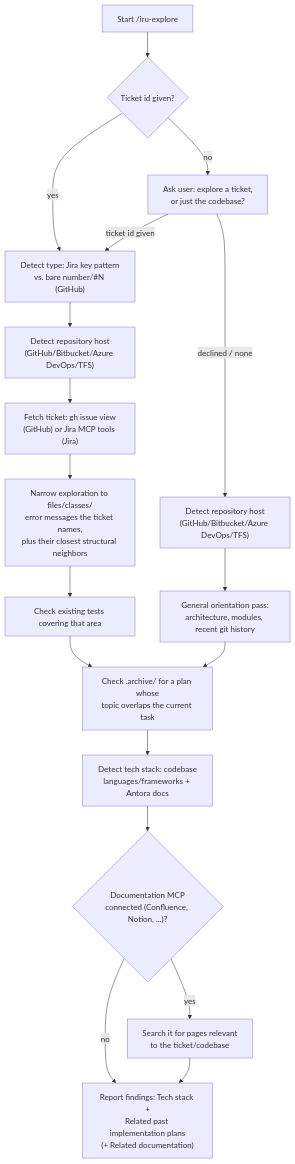
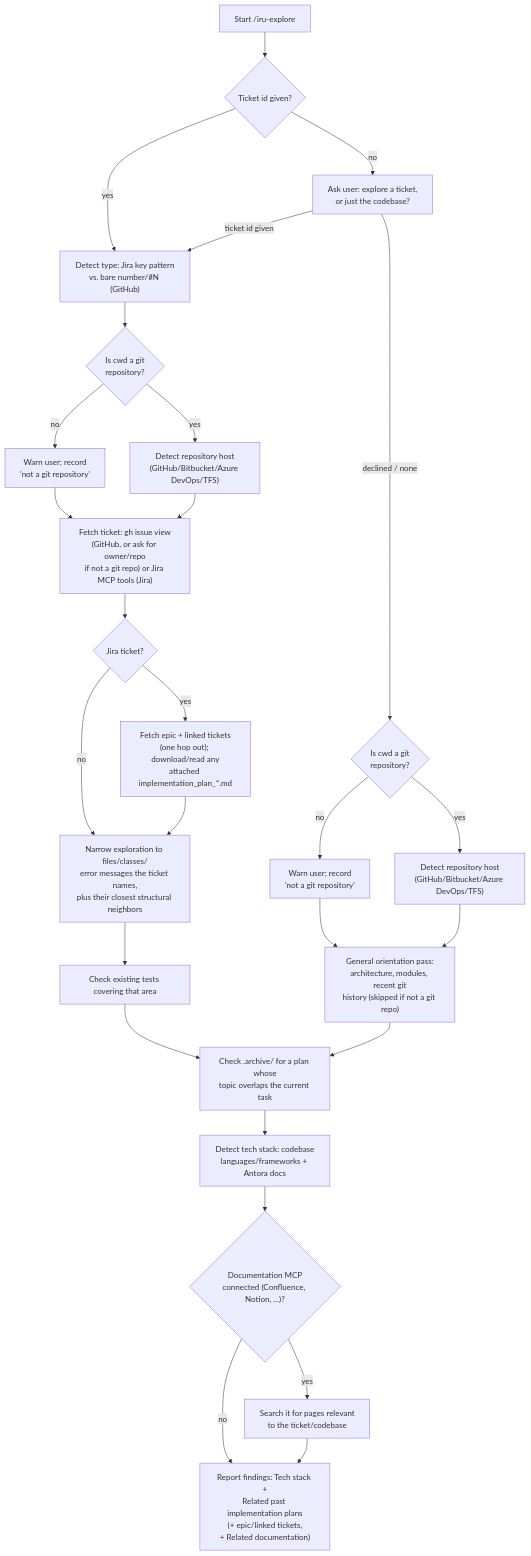
One commit to albertoirurueta/ai-catalog changed the diagram in docs/modules/ROOT/pages/skills/iru-explore.adoc. Above: the diagram before and after it, drawn with Mermaid. The commit also changed other lines of this file and 20 other files, not shown here.

Commit message:
Improved skills to create jira tickets and to keep track of implementation plans context

```diff
--- a/docs/modules/ROOT/pages/skills/iru-explore.adoc
+++ b/docs/modules/ROOT/pages/skills/iru-explore.adoc
@@ -72,21 +86,30 @@
 [mermaid]
 ....
 flowchart TD
     A[Start /iru-explore] --> B{Ticket id given?}
     B -- yes --> C["Detect type: Jira key pattern\nvs. bare number/#N (GitHub)"]
     B -- no --> D["Ask user: explore a ticket,\nor just the codebase?"]
     D -- ticket id given --> C
-    D -- declined / none --> E["Detect repository host\n(GitHub/Bitbucket/Azure DevOps/TFS)"]
-    C --> F["Detect repository host\n(GitHub/Bitbucket/Azure DevOps/TFS)"]
-    F --> G["Fetch ticket: gh issue view\n(GitHub) or Jira MCP tools (Jira)"]
-    G --> H["Narrow exploration to files/classes/\nerror messages the ticket names,\nplus their closest structural neighbors"]
+    D -- declined / none --> E0{Is cwd a git\nrepository?}
+    C --> F0{Is cwd a git\nrepository?}
+    F0 -- no --> F1["Warn user; record\n'not a git repository'"]
+    F0 -- yes --> F["Detect repository host\n(GitHub/Bitbucket/Azure DevOps/TFS)"]
+    F1 --> G
+    F --> G["Fetch ticket: gh issue view\n(GitHub, or ask for owner/repo\nif not a git repo) or Jira MCP tools (Jira)"]
+    G --> G1{Jira ticket?}
+    G1 -- yes --> G2["Fetch epic + linked tickets\n(one hop out); download/read any\nattached implementation_plan_*.md"]
+    G1 -- no --> H
+    G2 --> H["Narrow exploration to files/classes/\nerror messages the ticket names,\nplus their closest structural neighbors"]
     H --> I["Check existing tests covering that area"]
-    E --> J["General orientation pass:\narchitecture, modules, recent git history"]
+    E0 -- no --> F1B["Warn user; record\n'not a git repository'"]
+    E0 -- yes --> E["Detect repository host\n(GitHub/Bitbucket/Azure DevOps/TFS)"]
+    F1B --> J
+    E --> J["General orientation pass:\narchitecture, modules, recent git\nhistory (skipped if not a git repo)"]
     I --> O["Check .archive/ for a plan whose\ntopic overlaps the current task"]
     J --> O
     O --> K["Detect tech stack: codebase\nlanguages/frameworks + Antora docs"]
     K --> M{"Documentation MCP\nconnected (Confluence, Notion, ...)?"}
     M -- yes --> N["Search it for pages relevant\nto the ticket/codebase"]
-    M -- no --> L["Report findings: Tech stack +\nRelated past implementation plans\n(+ Related documentation)"]
+    M -- no --> L["Report findings: Tech stack +\nRelated past implementation plans\n(+ epic/linked tickets,\n+ Related documentation)"]
     N --> L
 ....
```
